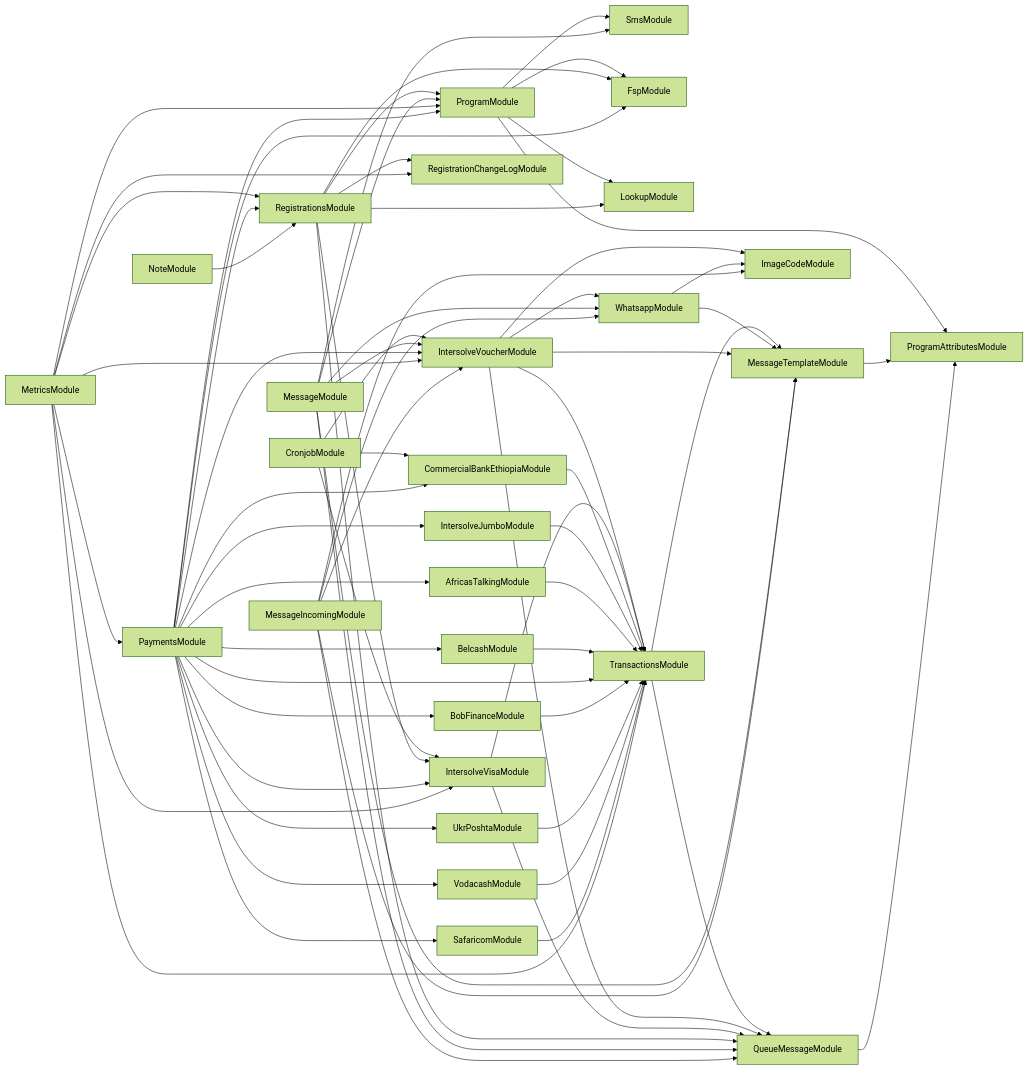
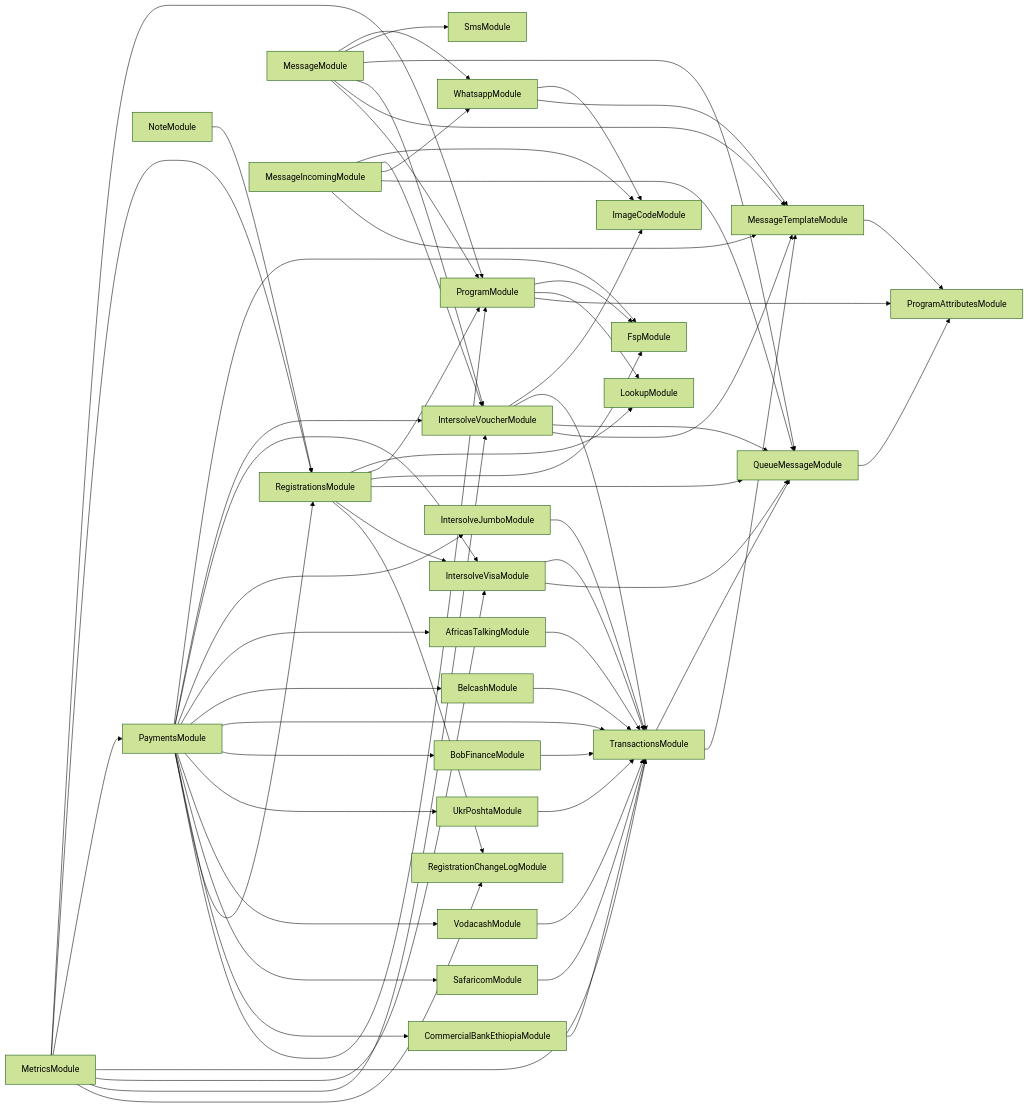
Before and after one commit to global-121/121-platform: the diagram in services/121-service/module-dependencies.md, drawn with Mermaid (forest theme).

Commit message:
fix: Generated module-dependencies

````diff
--- a/services/121-service/module-dependencies.md
+++ b/services/121-service/module-dependencies.md
@@ -3,70 +3,65 @@
 ```mermaid
 graph LR
-  ProgramModule-->SmsModule
   ProgramModule-->FspModule
   ProgramModule-->LookupModule
   ProgramModule-->ProgramAttributesModule
   MessageTemplateModule-->ProgramAttributesModule
-  CronjobModule-->IntersolveVoucherModule
-  IntersolveVoucherModule-->ImageCodeModule
-  IntersolveVoucherModule-->TransactionsModule
-  TransactionsModule-->QueueMessageModule
-  QueueMessageModule-->ProgramAttributesModule
-  TransactionsModule-->MessageTemplateModule
-  IntersolveVoucherModule-->WhatsappModule
-  WhatsappModule-->ImageCodeModule
-  WhatsappModule-->MessageTemplateModule
-  IntersolveVoucherModule-->QueueMessageModule
-  IntersolveVoucherModule-->MessageTemplateModule
-  CronjobModule-->IntersolveVisaModule
-  IntersolveVisaModule-->TransactionsModule
-  IntersolveVisaModule-->QueueMessageModule
-  CronjobModule-->CommercialBankEthiopiaModule
-  CommercialBankEthiopiaModule-->TransactionsModule
   RegistrationsModule-->LookupModule
   RegistrationsModule-->ProgramModule
   RegistrationsModule-->FspModule
   RegistrationsModule-->QueueMessageModule
+  QueueMessageModule-->ProgramAttributesModule
   RegistrationsModule-->IntersolveVisaModule
+  IntersolveVisaModule-->TransactionsModule
+  TransactionsModule-->QueueMessageModule
+  TransactionsModule-->MessageTemplateModule
+  IntersolveVisaModule-->QueueMessageModule
   RegistrationsModule-->RegistrationChangeLogModule
   MessageModule-->WhatsappModule
+  WhatsappModule-->ImageCodeModule
+  WhatsappModule-->MessageTemplateModule
   MessageModule-->SmsModule
   MessageModule-->QueueMessageModule
   MessageModule-->IntersolveVoucherModule
+  IntersolveVoucherModule-->ImageCodeModule
+  IntersolveVoucherModule-->TransactionsModule
+  IntersolveVoucherModule-->QueueMessageModule
+  IntersolveVoucherModule-->MessageTemplateModule
   MessageModule-->MessageTemplateModule
   MessageModule-->ProgramModule
   MetricsModule-->ProgramModule
   MetricsModule-->RegistrationsModule
   MetricsModule-->PaymentsModule
   PaymentsModule-->FspModule
   PaymentsModule-->IntersolveVoucherModule
   PaymentsModule-->IntersolveVisaModule
   PaymentsModule-->IntersolveJumboModule
   IntersolveJumboModule-->TransactionsModule
   PaymentsModule-->AfricasTalkingModule
   AfricasTalkingModule-->TransactionsModule
   PaymentsModule-->BelcashModule
   BelcashModule-->TransactionsModule
   PaymentsModule-->TransactionsModule
   PaymentsModule-->BobFinanceModule
   BobFinanceModule-->TransactionsModule
   PaymentsModule-->UkrPoshtaModule
   UkrPoshtaModule-->TransactionsModule
   PaymentsModule-->VodacashModule
   VodacashModule-->TransactionsModule
   PaymentsModule-->SafaricomModule
   SafaricomModule-->TransactionsModule
   PaymentsModule-->CommercialBankEthiopiaModule
+  CommercialBankEthiopiaModule-->TransactionsModule
   PaymentsModule-->RegistrationsModule
   PaymentsModule-->ProgramModule
   MetricsModule-->TransactionsModule
   MetricsModule-->IntersolveVisaModule
   MetricsModule-->IntersolveVoucherModule
   MetricsModule-->RegistrationChangeLogModule
   MessageIncomingModule-->ImageCodeModule
   MessageIncomingModule-->IntersolveVoucherModule
   MessageIncomingModule-->WhatsappModule
   MessageIncomingModule-->QueueMessageModule
   MessageIncomingModule-->MessageTemplateModule
   NoteModule-->RegistrationsModule
 ```
````
